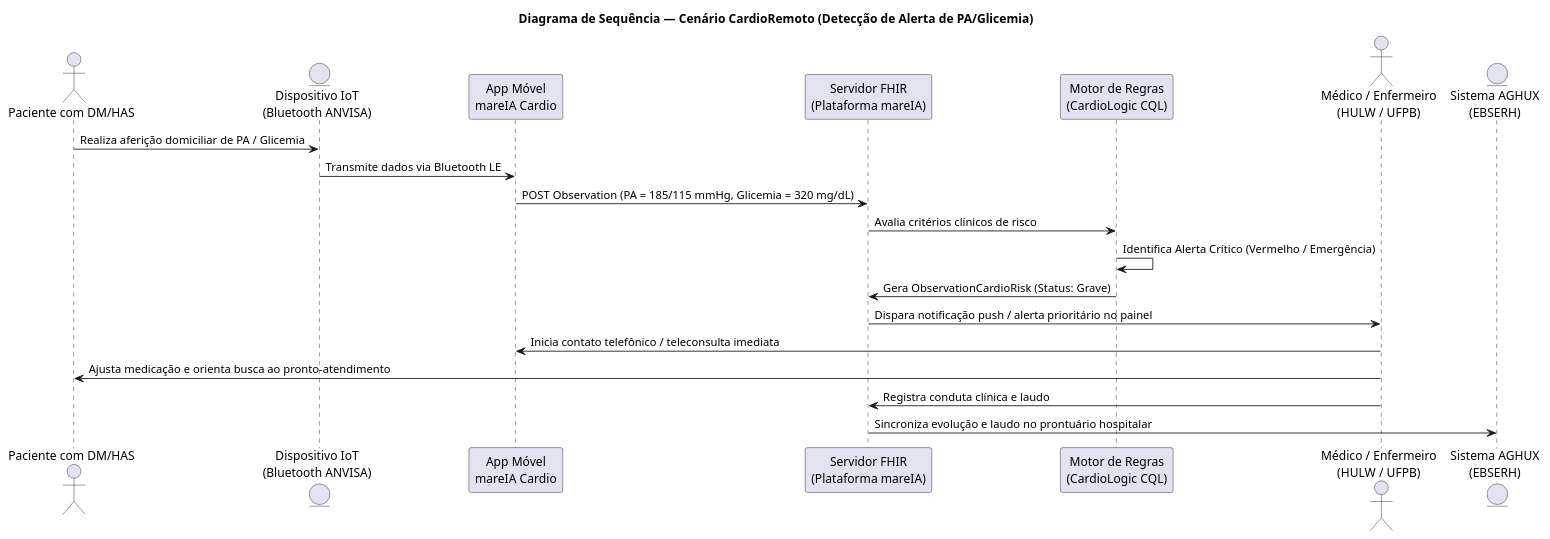
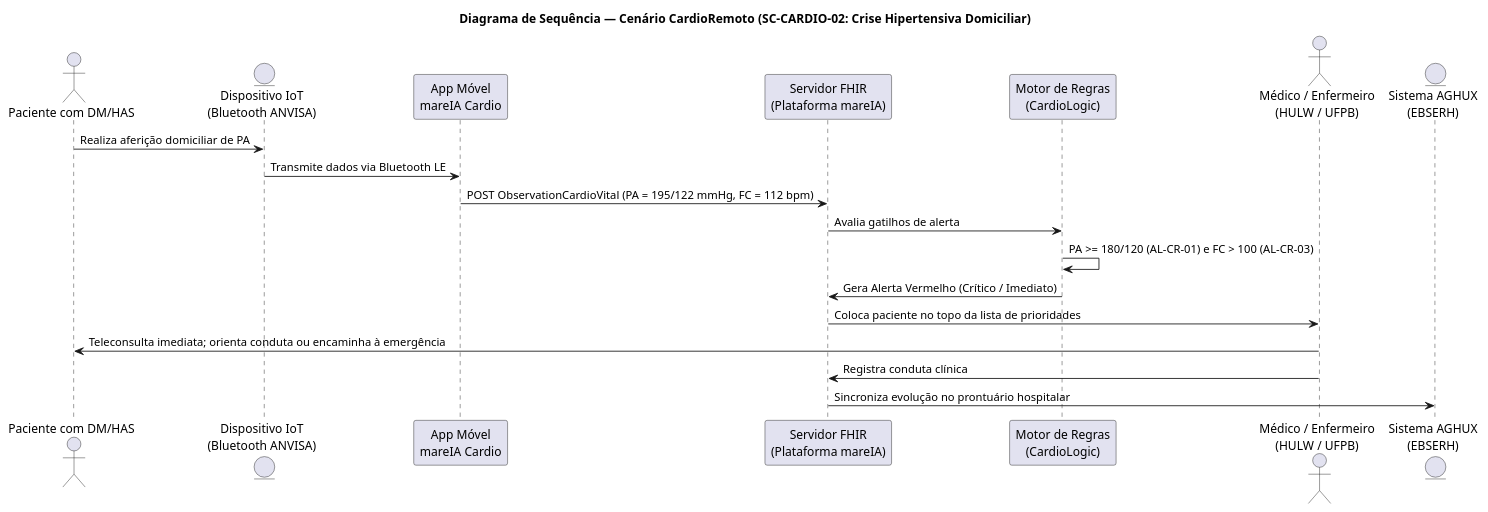
The diagram in input/images-source/scenario-sequence-cardio.plantuml (brunovitorp/mareIA-ig), drawn with PlantUML before and after one commit. The commit also changed 11 other files, not shown here.

```diff
--- a/input/images-source/scenario-sequence-cardio.plantuml
+++ b/input/images-source/scenario-sequence-cardio.plantuml
@@ -1,25 +1,24 @@
 @startuml
-title Diagrama de Sequência — Cenário CardioRemoto (Detecção de Alerta de PA/Glicemia)
+title Diagrama de Sequência — Cenário CardioRemoto (SC-CARDIO-02: Crise Hipertensiva Domiciliar)
 skinparam shadowing false
 skinparam defaultFontName Helvetica
 
 actor "Paciente com DM/HAS" as Paciente
 entity "Dispositivo IoT\n(Bluetooth ANVISA)" as IoT
 participant "App Móvel\nmareIA Cardio" as App
 participant "Servidor FHIR\n(Plataforma mareIA)" as FHIR
-participant "Motor de Regras\n(CardioLogic CQL)" as Engine
+participant "Motor de Regras\n(CardioLogic)" as Engine
 actor "Médico / Enfermeiro\n(HULW / UFPB)" as Medico
 entity "Sistema AGHUX\n(EBSERH)" as AGHUX
 
-Paciente -> IoT: Realiza aferição domiciliar de PA / Glicemia
+Paciente -> IoT: Realiza aferição domiciliar de PA
 IoT -> App: Transmite dados via Bluetooth LE
-App -> FHIR: POST Observation (PA = 185/115 mmHg, Glicemia = 320 mg/dL)
-FHIR -> Engine: Avalia critérios clínicos de risco
-Engine -> Engine: Identifica Alerta Crítico (Vermelho / Emergência)
-Engine -> FHIR: Gera ObservationCardioRisk (Status: Grave)
-FHIR -> Medico: Dispara notificação push / alerta prioritário no painel
-Medico -> App: Inicia contato telefônico / teleconsulta imediata
-Medico -> Paciente: Ajusta medicação e orienta busca ao pronto-atendimento
-Medico -> FHIR: Registra conduta clínica e laudo
-FHIR -> AGHUX: Sincroniza evolução e laudo no prontuário hospitalar
+App -> FHIR: POST ObservationCardioVital (PA = 195/122 mmHg, FC = 112 bpm)
+FHIR -> Engine: Avalia gatilhos de alerta
+Engine -> Engine: PA >= 180/120 (AL-CR-01) e FC > 100 (AL-CR-03)
+Engine -> FHIR: Gera Alerta Vermelho (Crítico / Imediato)
+FHIR -> Medico: Coloca paciente no topo da lista de prioridades
+Medico -> Paciente: Teleconsulta imediata; orienta conduta ou encaminha à emergência
+Medico -> FHIR: Registra conduta clínica
+FHIR -> AGHUX: Sincroniza evolução no prontuário hospitalar
 @enduml
```
